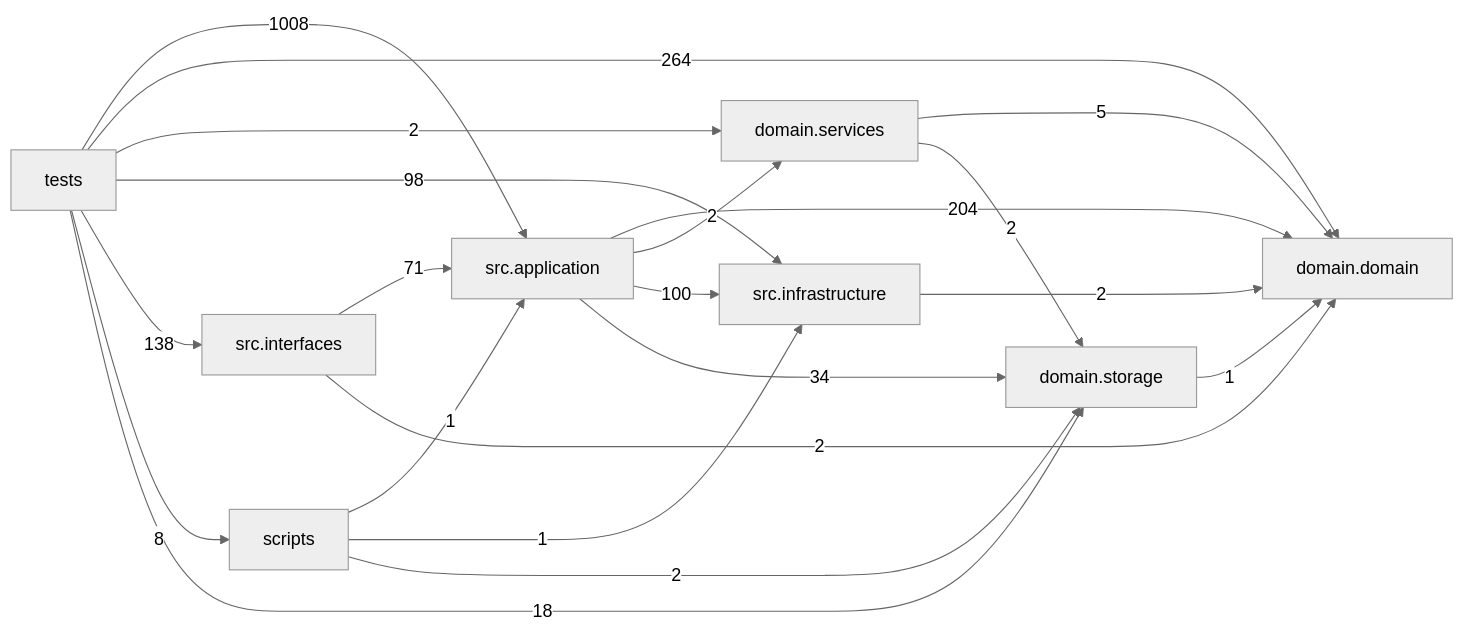
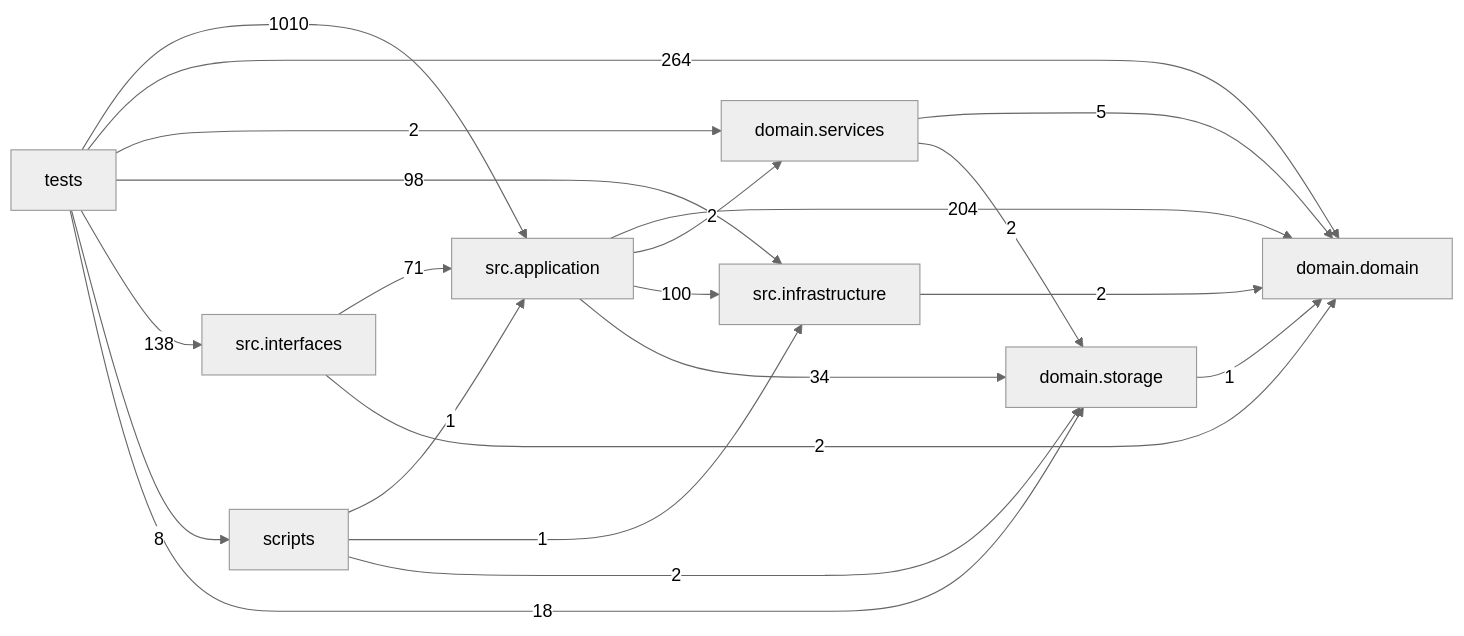
Before and after one commit to liuxie066/options-monitor: the diagram in docs/DEPENDENCY_GRAPH.md, drawn with Mermaid (neutral theme). The commit also changed other lines of this file and 8 other files, not shown here.

````diff
--- a/docs/DEPENDENCY_GRAPH.md
+++ b/docs/DEPENDENCY_GRAPH.md
@@ -24,31 +24,31 @@
 ```mermaid
 flowchart LR
   tests["tests"]
   scripts["scripts"]
   interfaces["src.interfaces"]
   application["src.application"]
   infrastructure["src.infrastructure"]
   domain_services["domain.services"]
   domain["domain.domain"]
   storage["domain.storage"]
   application -->|204| domain
   application -->|2| domain_services
   application -->|100| infrastructure
   application -->|34| storage
   domain_services -->|5| domain
   domain_services -->|2| storage
   infrastructure -->|2| domain
   interfaces -->|71| application
   interfaces -->|2| domain
   scripts -->|1| application
   scripts -->|1| infrastructure
   scripts -->|2| storage
   storage -->|1| domain
-  tests -->|1008| application
+  tests -->|1010| application
   tests -->|264| domain
   tests -->|2| domain_services
   tests -->|98| infrastructure
   tests -->|138| interfaces
   tests -->|8| scripts
   tests -->|18| storage
 ```
````
